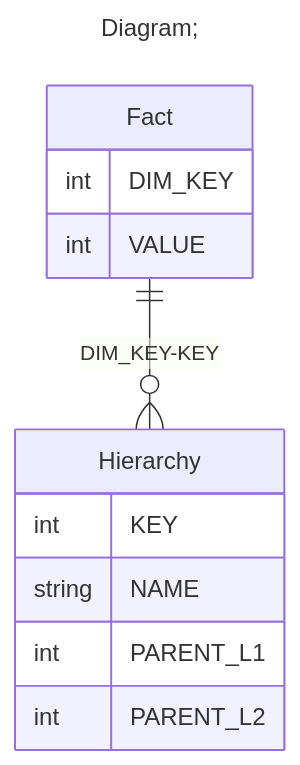
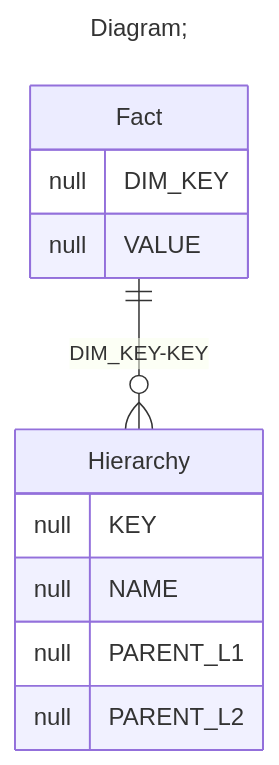
One commit to xmla-services/workground changed the third of 3 diagrams in demo/server/catalogs/min_Level_Column_parent_child/README.MD. Above: the diagram before and after it, drawn with Mermaid. The commit also changed other lines of this file and 39 other files, not shown here.

````diff
--- a/demo/server/catalogs/min_Level_Column_parent_child/README.MD
+++ b/demo/server/catalogs/min_Level_Column_parent_child/README.MD
@@ -99,18 +99,18 @@
 ```mermaid
 ---
 title: Diagram;
 ---
 erDiagram
 Fact{
-int DIM_KEY
-int VALUE
+null DIM_KEY
+null VALUE
 }
 Hierarchy{
-int KEY
-string NAME
-int PARENT_L1
-int PARENT_L2
+null KEY
+null NAME
+null PARENT_L1
+null PARENT_L2
 }
 
 "Fact" ||--o{ "Hierarchy" : "DIM_KEY-KEY"
 ```
````
